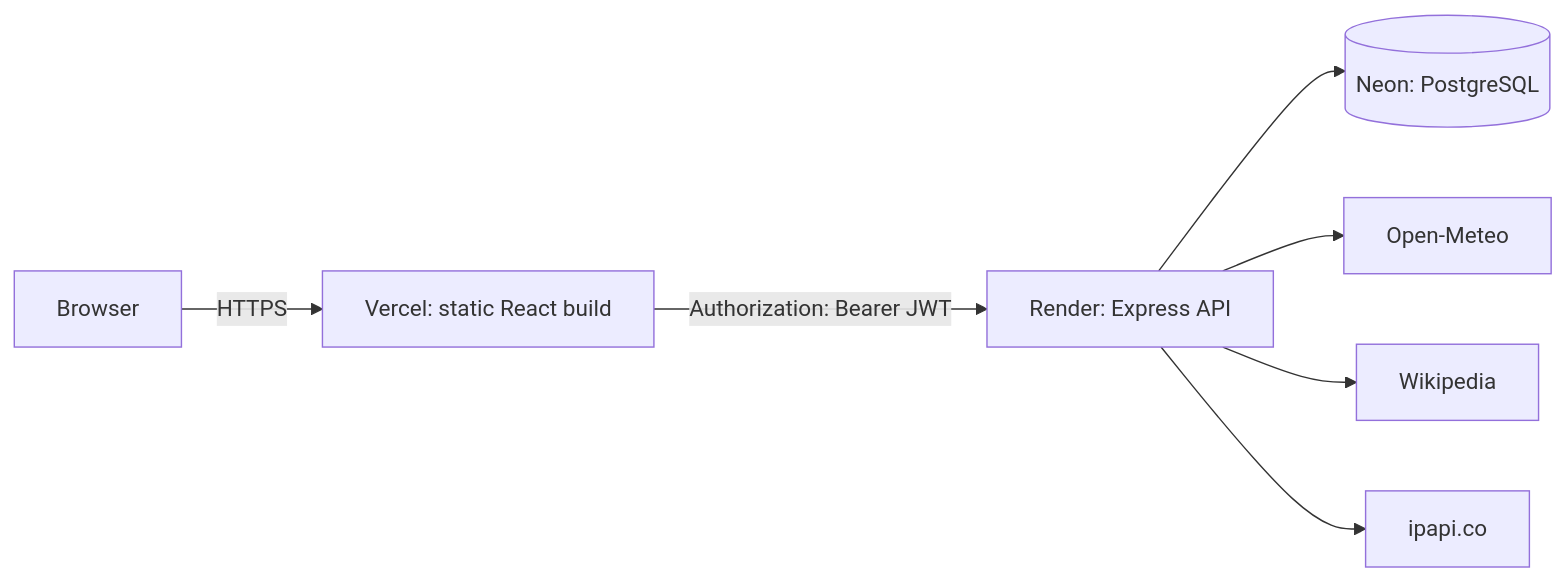
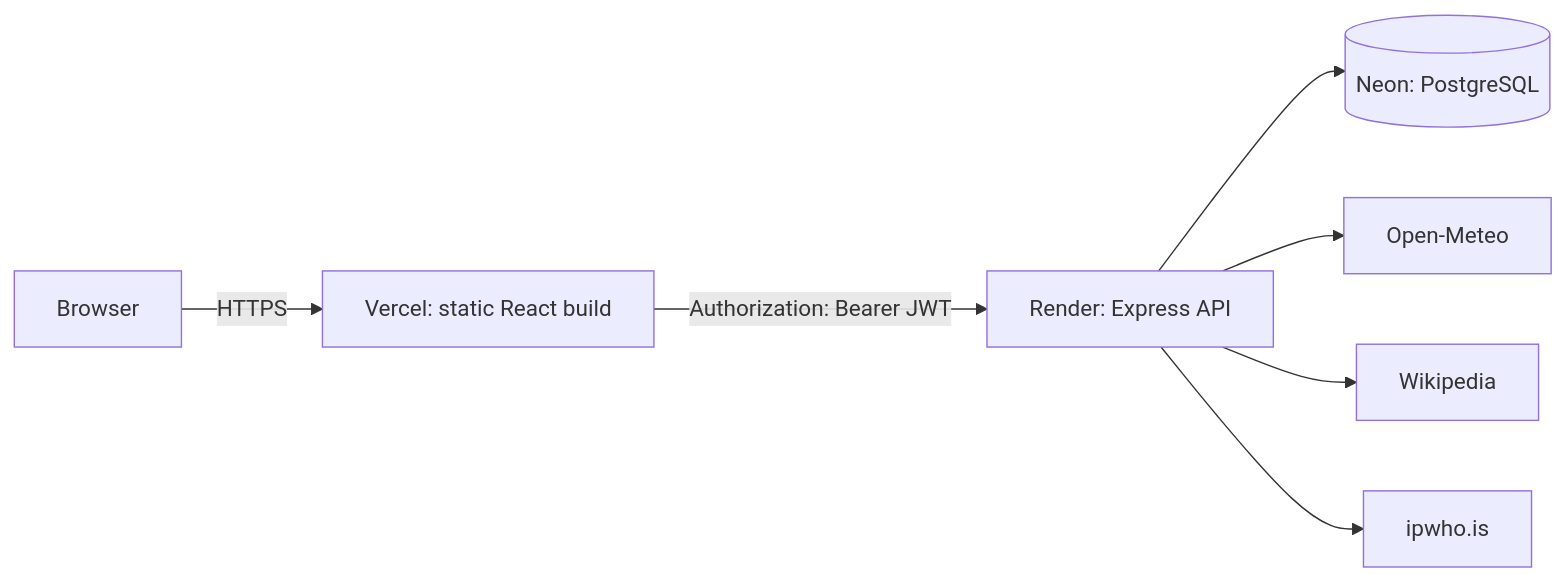
Before and after one commit to fsperoni/jambo_travel_planner: the diagram in README.md, drawn with Mermaid. The commit also changed other lines of this file and 27 other files, not shown here.

````diff
--- a/README.md
+++ b/README.md
@@ -969,9 +999,9 @@
 ```mermaid
 flowchart LR
   B["Browser"] -->|"HTTPS"| V["Vercel: static React build"]
   V -->|"Authorization: Bearer JWT"| R["Render: Express API"]
   R --> N[("Neon: PostgreSQL")]
   R --> OM["Open-Meteo"]
   R --> WK["Wikipedia"]
-  R --> IP["ipapi.co"]
+  R --> IP["ipwho.is"]
 ```
````
